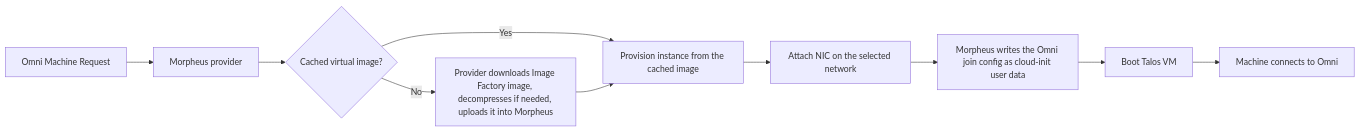
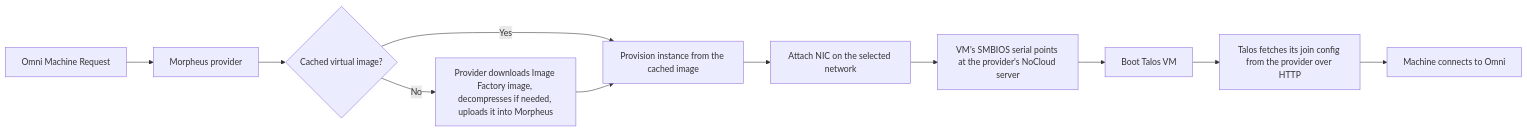
Before and after one commit to kreove/omni-infra-provider-morpheus: the diagram in README.md, drawn with Mermaid. The commit also changed other lines of this file and 14 other files, not shown here.

````diff
--- a/README.md
+++ b/README.md
@@ -25,12 +25,13 @@
 ```mermaid
 flowchart LR
     A[Omni Machine Request] --> B[Morpheus provider]
     B --> C{Cached virtual image?}
     C -- No --> D[Provider downloads Image Factory image, decompresses if needed, uploads it into Morpheus]
     C -- Yes --> E[Provision instance from the cached image]
     D --> E
     E --> F[Attach NIC on the selected network]
-    F --> G[Morpheus writes the Omni join config as cloud-init user data]
+    F --> G[VM's SMBIOS serial points at the provider's NoCloud server]
     G --> H[Boot Talos VM]
-    H --> I[Machine connects to Omni]
+    H --> I[Talos fetches its join config from the provider over HTTP]
+    I --> J[Machine connects to Omni]
 ```
````
